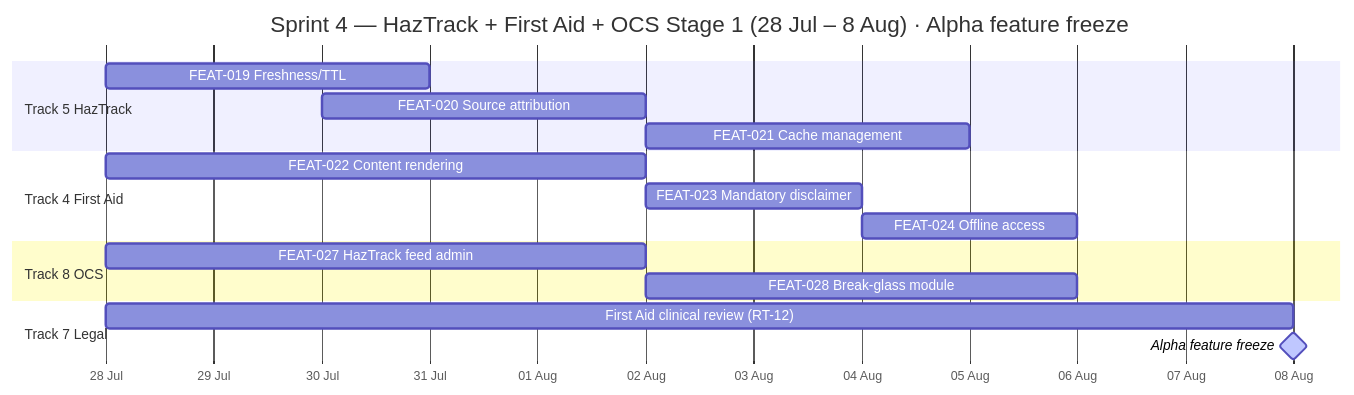
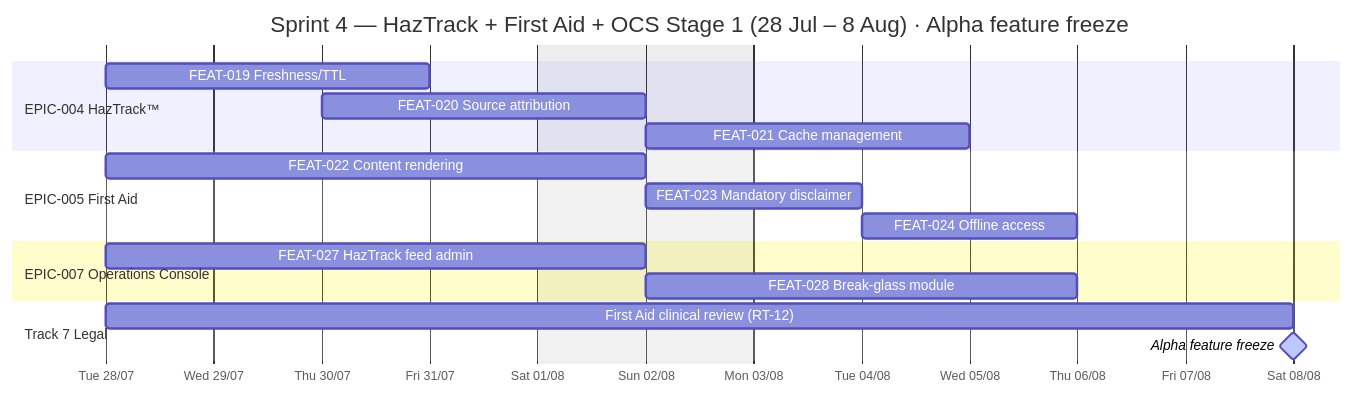
Before and after one commit to giakhanh22024558/Trackaroo-Cheat-Sheat: the sixth of 13 diagrams in docs/planning.md, drawn with Mermaid. The commit also changed other lines of this file and 1 other file, not shown here.

First line of the commit message:
planning: Sprint 0 register reframed to Tasks (S0-) + Topic/Concern/Criteria; gantt polish

````diff
--- a/docs/planning.md
+++ b/docs/planning.md
@@ -229,20 +237,22 @@
 ```mermaid
 gantt
     title Sprint 4 — HazTrack + First Aid + OCS Stage 1 (28 Jul – 8 Aug) · Alpha feature freeze
     dateFormat YYYY-MM-DD
-    axisFormat %d %b
-    section Track 5 HazTrack
+    axisFormat %a %d/%m
+    tickInterval 1day
+    excludes weekends
+    section EPIC-004 HazTrack™
     FEAT-019 Freshness/TTL          :2026-07-28, 2026-07-31
     FEAT-020 Source attribution     :2026-07-30, 2026-08-02
     FEAT-021 Cache management       :2026-08-02, 2026-08-05
-    section Track 4 First Aid
+    section EPIC-005 First Aid
     FEAT-022 Content rendering      :2026-07-28, 2026-08-02
     FEAT-023 Mandatory disclaimer   :2026-08-02, 2026-08-04
     FEAT-024 Offline access         :2026-08-04, 2026-08-06
-    section Track 8 OCS
+    section EPIC-007 Operations Console
     FEAT-027 HazTrack feed admin    :2026-07-28, 2026-08-02
     FEAT-028 Break-glass module     :2026-08-02, 2026-08-06
     section Track 7 Legal
     First Aid clinical review (RT-12) :2026-07-28, 2026-08-08
     Alpha feature freeze            :milestone, active, 2026-08-08, 0d
 ```
````
